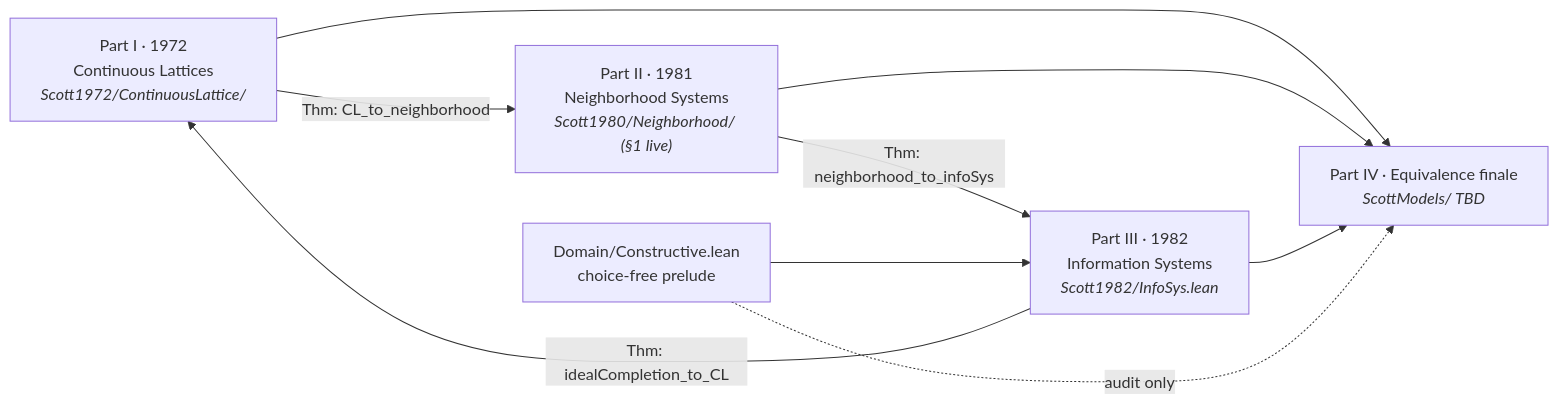
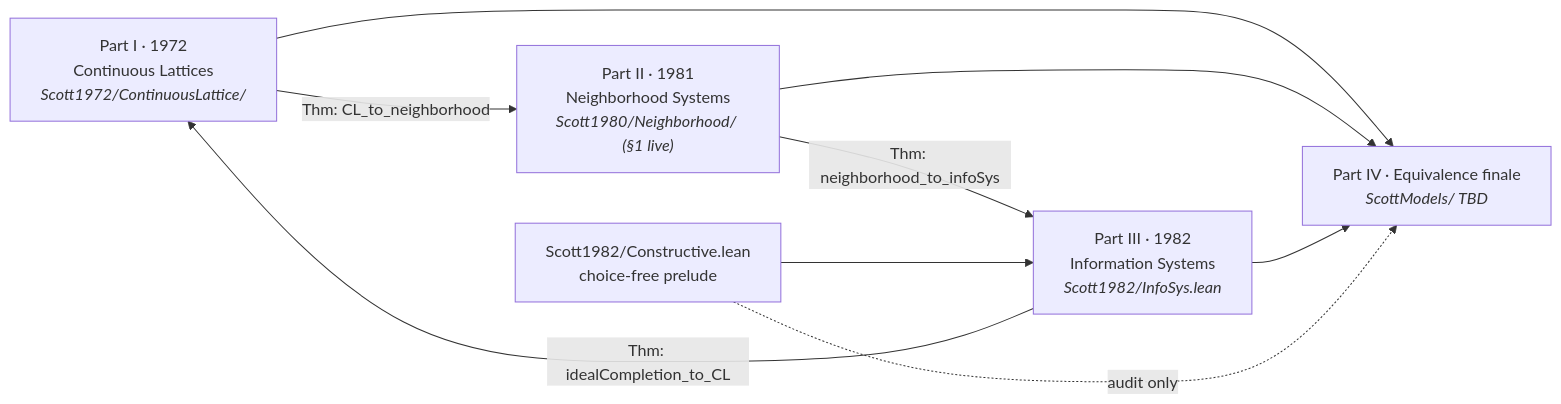
The first of 2 diagrams in arxiv.md (catskillsresearch/scott_models), drawn with Mermaid before and after one commit.

Commit message:
Fix leftover Domain/ paths in arxiv.md split.

````diff
--- a/arxiv.md
+++ b/arxiv.md
@@ -24,17 +24,17 @@
 ```mermaid
 flowchart LR
   P1["Part I · 1972<br/>Continuous Lattices<br/><i>Scott1972/ContinuousLattice/</i>"]
   P2["Part II · 1981<br/>Neighborhood Systems<br/><i>Scott1980/Neighborhood/ (§1 live)</i>"]
   P3["Part III · 1982<br/>Information Systems<br/><i>Scott1982/InfoSys.lean</i>"]
   P4["Part IV · Equivalence finale<br/><i>ScottModels/ TBD</i>"]
-  C["Domain/Constructive.lean<br/>choice-free prelude"]
+  C["Scott1982/Constructive.lean<br/>choice-free prelude"]
 
   P1 -->|"Thm: CL_to_neighborhood"| P2
   P2 -->|"Thm: neighborhood_to_infoSys"| P3
   P3 -->|"Thm: idealCompletion_to_CL"| P1
   P1 --> P4
   P2 --> P4
   P3 --> P4
   C --> P3
   C -.->|"audit only"| P4
 ```
````
